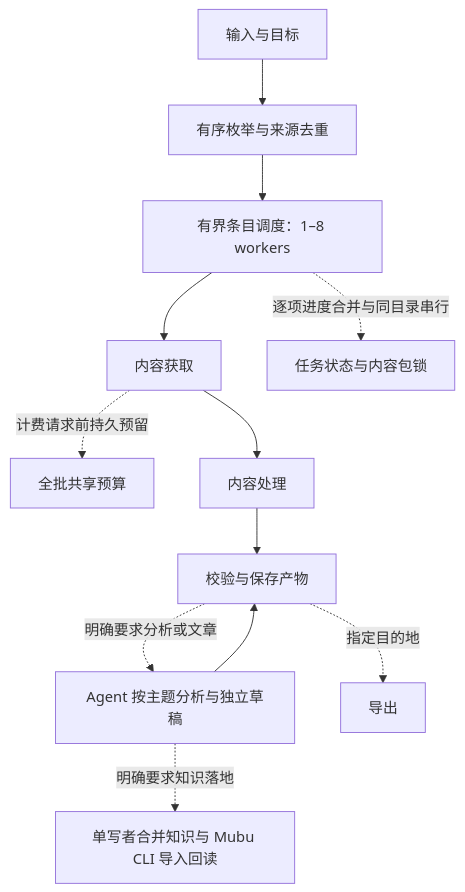
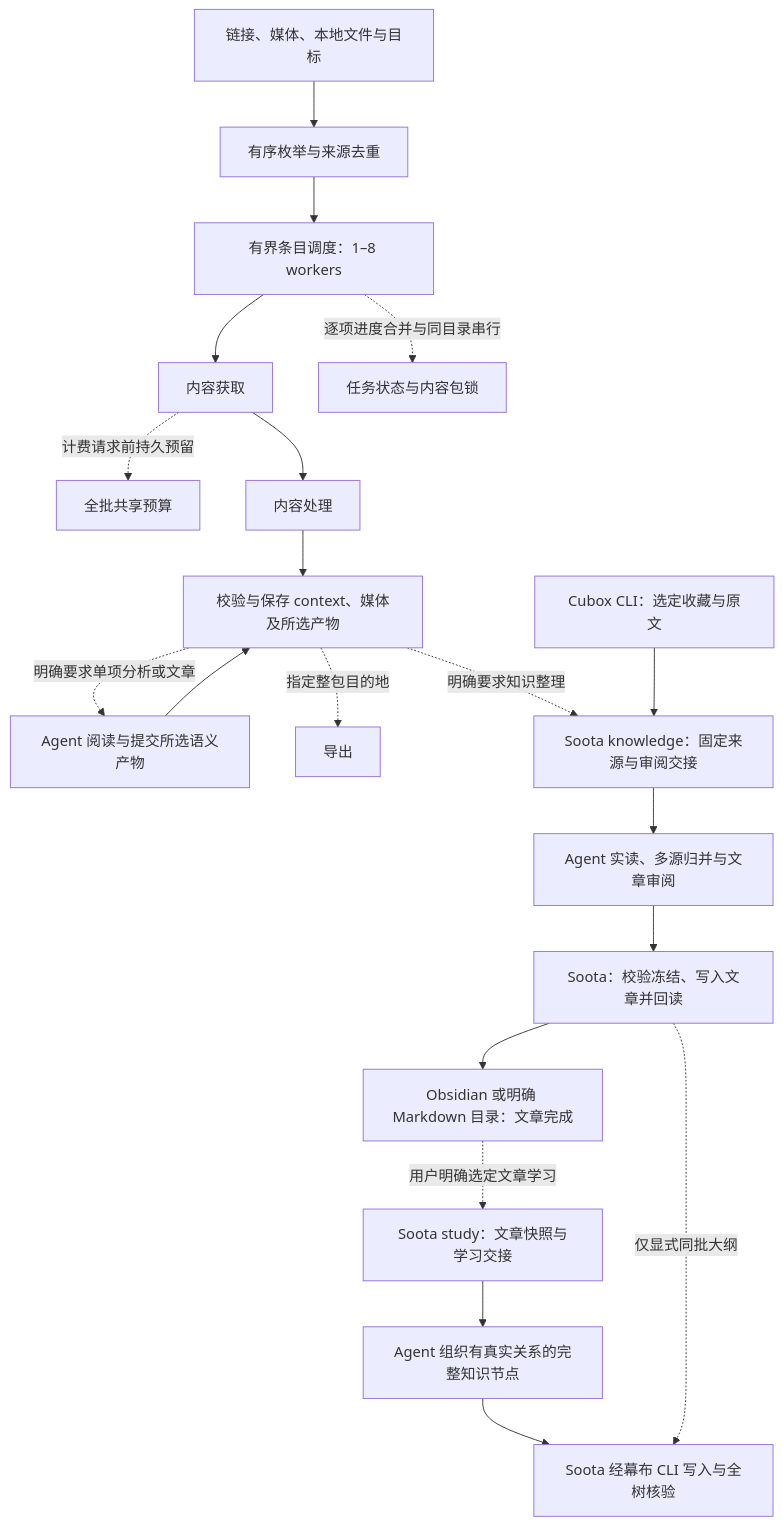
Before and after one commit to 0xTotoroX/lorelab: the first of 2 diagrams in modules/soota/docs/providers.md, drawn with Mermaid. The commit also changed other lines of this file and 21 other files, not shown here.

Commit message:
docs(lorelab): move knowledge workflow and skills into Soota

````diff
--- a/modules/soota/docs/providers.md
+++ b/modules/soota/docs/providers.md
@@ -7,14 +7,22 @@
 ```mermaid
 flowchart TD
-    A[输入与目标] --> B[有序枚举与来源去重]
+    A[链接、媒体、本地文件与目标] --> B[有序枚举与来源去重]
     B --> H[有界条目调度：1–8 workers]
     H --> C[内容获取]
     H -.逐项进度合并与同目录串行.-> S[任务状态与内容包锁]
     C -.计费请求前持久预留.-> Q[全批共享预算]
     C --> D[内容处理]
-    D --> E[校验与保存产物]
-    E -.明确要求分析或文章.-> F[Agent 按主题分析与独立草稿]
+    D --> E[校验与保存 context、媒体及所选产物]
+    E -.明确要求单项分析或文章.-> F[Agent 阅读与提交所选语义产物]
     F --> E
-    E -.指定目的地.-> G[导出]
-    F -.明确要求知识落地.-> K[单写者合并知识与 Mubu CLI 导入回读]
+    E -.指定整包目的地.-> G[导出]
+    E -.明确要求知识整理.-> K[Soota knowledge：固定来源与审阅交接]
+    X[Cubox CLI：选定收藏与原文] --> K
+    K --> W[Agent 实读、多源归并与文章审阅]
+    W --> V[Soota：校验冻结、写入文章并回读]
+    V --> O[Obsidian 或明确 Markdown 目录：文章完成]
+    O -.用户明确选定文章学习.-> L[Soota study：文章快照与学习交接]
+    L --> T[Agent 组织有真实关系的完整知识节点]
+    T --> M[Soota 经幕布 CLI 写入与全树核验]
+    V -.仅显式同批大纲.-> M
 ```
````
